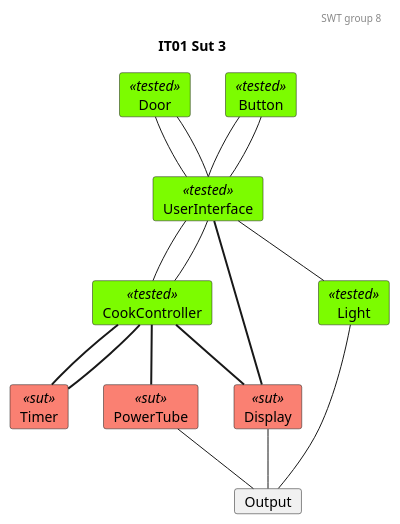
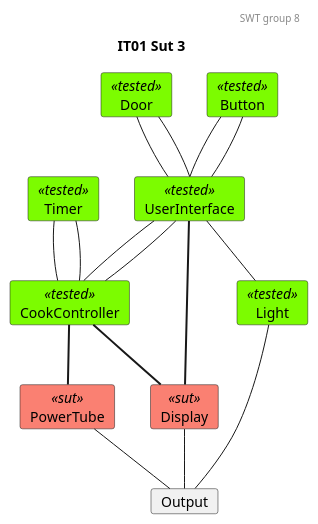
Before and after one commit to mikkel-ol/I4SWT-MicrowaveOven: the diagram in docs/SysTestTree3.plantuml, drawn with PlantUML. The commit also changed 8 other files, not shown here.

```diff
--- a/docs/SysTestTree3.plantuml
+++ b/docs/SysTestTree3.plantuml
@@ -1,68 +1,67 @@
 @startuml IT03-Sut
 
 'Testing colors:
 skinparam card{
     backgroundColor<<tested>> lawngreen
     backgroundColor<<sut>> salmon
     backgroundColor<<test>> salmon
     backgroundColor<<fake>> gold
 }
 
 header SWT group 8
 title IT01 Sut 3
 
 '0.
     card Door<<tested>>
     card Button<<tested>>
+    card Timer<<tested>>
 
 '1.
     card UserInterface<<tested>>
 
 '2.
     card CookController<<tested>>
     card Light<<tested>>
 
 '3.
-    card Timer<<sut>>
     card PowerTube<<sut>>
     card Display<<sut>>
 
 '4 
     card Output
 
 'Relations projects
 ' 0. to 1.
 Door -- UserInterface
 Door -- UserInterface
 
 Button -- UserInterface
 Button -- UserInterface
 
 
 'Relations CookController:
 '1.
 UserInterface -- CookController
 UserInterface -- CookController
-'1. to 2.
+'1. to 3.
 'Door - CookController
 
+Timer -- CookController 
+Timer -- CookController 
 
 CookController -[thickness=2]- PowerTube
 
 '1. to 2.
 UserInterface -[thickness=2]- Display
 UserInterface -- Light
 CookController -[thickness=2]- Display
-
-CookController -[thickness=2]- Timer
-CookController -[thickness=2]- Timer 
 
 
 ' Relations 2. to 3.
 Light -- Output
 Display -- Output
 PowerTube -- Output
 
 
 
 @enduml
```
